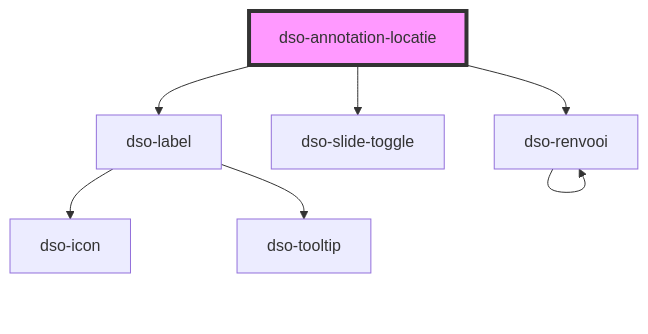
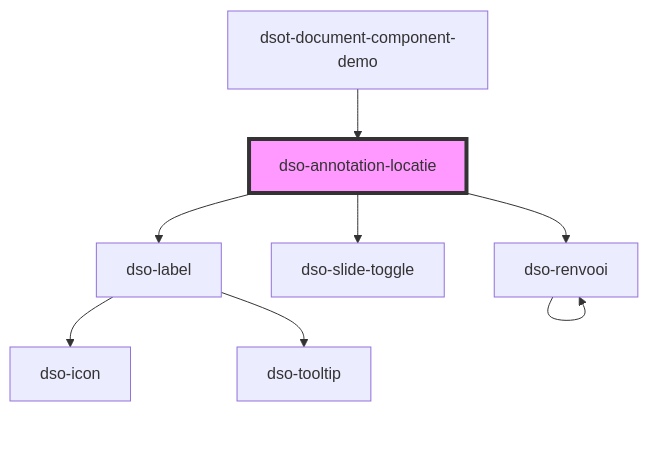
One commit to dso-toolkit/dso-toolkit changed the diagram in packages/core/src/components/annotation/annotation-locatie/readme.md. Above: the diagram before and after it, drawn with Mermaid. The commit also changed other lines of this file and 6 other files, not shown here.

Commit message:
#2765 representatieve content met dso-annotation-locatie

````diff
--- a/packages/core/src/components/annotation/annotation-locatie/readme.md
+++ b/packages/core/src/components/annotation/annotation-locatie/readme.md
@@ -41,10 +45,11 @@
 ```mermaid
 graph TD;
   dso-annotation-locatie --> dso-renvooi
   dso-annotation-locatie --> dso-slide-toggle
   dso-annotation-locatie --> dso-label
   dso-renvooi --> dso-renvooi
   dso-label --> dso-icon
   dso-label --> dso-tooltip
+  dsot-document-component-demo --> dso-annotation-locatie
   style dso-annotation-locatie fill:#f9f,stroke:#333,stroke-width:4px
 ```
````
